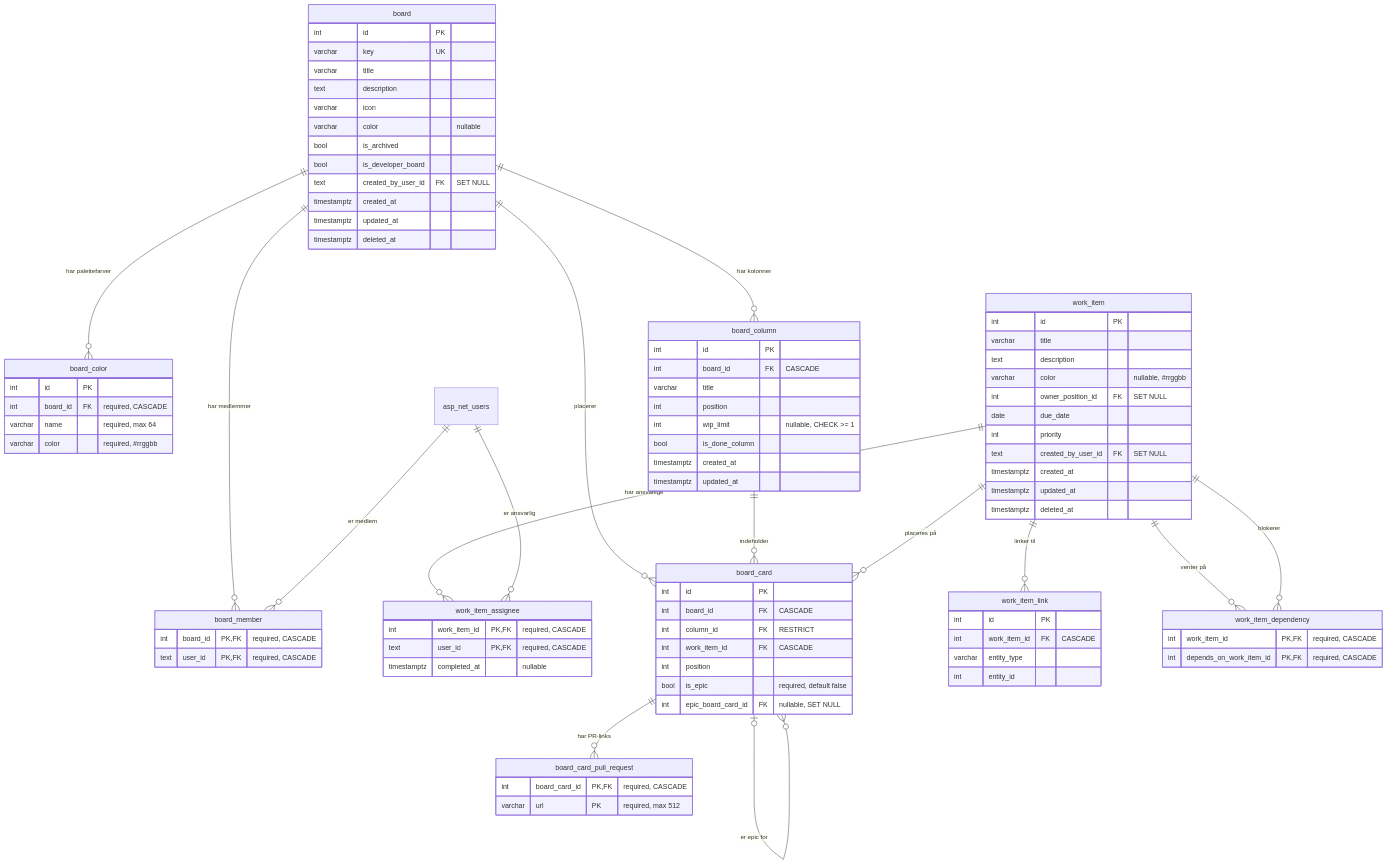
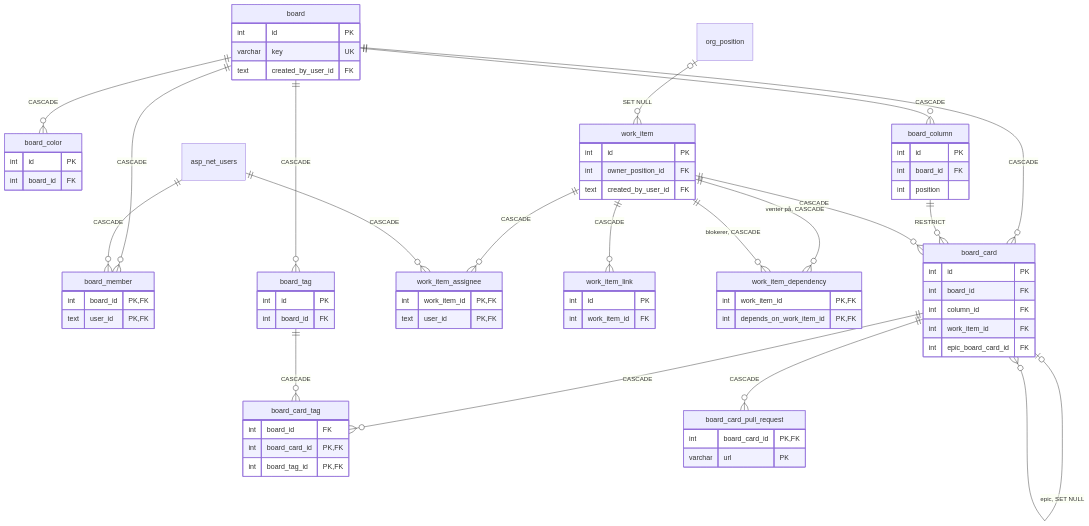
One commit to smallbenji/DS28-website changed the eighth of 11 diagrams in docs/database.md. Above: the diagram before and after it, drawn with Mermaid. The commit also changed other lines of this file and 2 other files, not shown here.

````diff
--- a/docs/database.md
+++ b/docs/database.md
@@ -463,100 +1117,75 @@
     board {
         int id PK
         varchar key UK
-        varchar title
-        text description
-        varchar icon
-        varchar color "nullable"
-        bool is_archived
-        bool is_developer_board
-        text created_by_user_id FK "SET NULL"
-        timestamptz created_at
-        timestamptz updated_at
-        timestamptz deleted_at
+        text created_by_user_id FK
+    }
+    board_member {
+        int board_id PK, FK
+        text user_id PK, FK
+    }
+    board_color {
+        int id PK
+        int board_id FK
+    }
+    board_column {
+        int id PK
+        int board_id FK
+        int position
+    }
+    board_tag {
+        int id PK
+        int board_id FK
+    }
+    work_item {
+        int id PK
+        int owner_position_id FK
+        text created_by_user_id FK
+    }
+    work_item_assignee {
+        int work_item_id PK, FK
+        text user_id PK, FK
+    }
+    work_item_link {
+        int id PK
+        int work_item_id FK
+    }
+    work_item_dependency {
+        int work_item_id PK, FK
+        int depends_on_work_item_id PK, FK
+    }
+    board_card {
+        int id PK
+        int board_id FK
+        int column_id FK
+        int work_item_id FK
+        int epic_board_card_id FK
+    }
+    board_card_tag {
+        int board_id FK
+        int board_card_id PK, FK
+        int board_tag_id PK, FK
+    }
+    board_card_pull_request {
+        int board_card_id PK, FK
+        varchar url PK
     }
 
-    board_color {
-        int id PK
-        int board_id FK "required, CASCADE"
-        varchar name "required, max 64"
-        varchar color "required, #rrggbb"
-    }
-
-    board_member {
-        int board_id PK,FK "required, CASCADE"
-        text user_id PK,FK "required, CASCADE"
-    }
-
-    board_column {
-        int id PK
-        int board_id FK "CASCADE"
-        varchar title
-        int position
-        int wip_limit "nullable, CHECK >= 1"
-        bool is_done_column
-        timestamptz created_at
-        timestamptz updated_at
-    }
-
-    work_item {
-        int id PK
-        varchar title
-        text description
-        varchar color "nullable, #rrggbb"
-        int owner_position_id FK "SET NULL"
-        date due_date
-        int priority
-        text created_by_user_id FK "SET NULL"
-        timestamptz created_at
-        timestamptz updated_at
-        timestamptz deleted_at
-    }
-
-    work_item_assignee {
-        int work_item_id PK,FK "required, CASCADE"
-        text user_id PK,FK "required, CASCADE"
-        timestamptz completed_at "nullable"
-    }
-
-    board_card {
-        int id PK
-        int board_id FK "CASCADE"
-        int column_id FK "RESTRICT"
-        int work_item_id FK "CASCADE"
-        int position
-        bool is_epic "required, default false"
-        int epic_board_card_id FK "nullable, SET NULL"
-    }
-
-    board_card_pull_request {
-        int board_card_id PK,FK "required, CASCADE"
-        varchar url PK "required, max 512"
-    }
-
-    work_item_link {
-        int id PK
-        int work_item_id FK "CASCADE"
-        varchar entity_type
-        int entity_id
-    }
-
-    work_item_dependency {
-        int work_item_id PK,FK "required, CASCADE"
-        int depends_on_work_item_id PK,FK "required, CASCADE"
-    }
-
-    board ||--o{ board_column : "har kolonner"
-    board ||--o{ board_member : "har medlemmer"
-    board ||--o{ board_color : "har palettefarver"
-    asp_net_users ||--o{ board_member : "er medlem"
-    board ||--o{ board_card : "placerer"
-    board_column ||--o{ board_card : "indeholder"
-    work_item ||--o{ board_card : "placeres på"
-    board_card ||--o{ board_card_pull_request : "har PR-links"
-    board_card |o--o{ board_card : "er epic for"
-    work_item ||--o{ work_item_assignee : "har ansvarlige"
-    asp_net_users ||--o{ work_item_assignee : "er ansvarlig"
-    work_item ||--o{ work_item_link : "linker til"
-    work_item ||--o{ work_item_dependency : "venter på"
-    work_item ||--o{ work_item_dependency : "blokerer"
+    board ||--o{ board_member : "CASCADE"
+    asp_net_users ||--o{ board_member : "CASCADE"
+    board ||--o{ board_color : "CASCADE"
+    board ||--o{ board_column : "CASCADE"
+    board ||--o{ board_tag : "CASCADE"
+    board ||--o{ board_card : "CASCADE"
+    board_column ||--o{ board_card : "RESTRICT"
+    work_item ||--o{ board_card : "CASCADE"
+    board_card |o--o{ board_card : "epic, SET NULL"
+    board_card ||--o{ board_card_tag : "CASCADE"
+    board_tag ||--o{ board_card_tag : "CASCADE"
+    board_card ||--o{ board_card_pull_request : "CASCADE"
+    work_item ||--o{ work_item_assignee : "CASCADE"
+    asp_net_users ||--o{ work_item_assignee : "CASCADE"
+    work_item ||--o{ work_item_link : "CASCADE"
+    work_item ||--o{ work_item_dependency : "venter på, CASCADE"
+    work_item ||--o{ work_item_dependency : "blokerer, CASCADE"
+    org_position |o--o{ work_item : "SET NULL"
 ```
````
